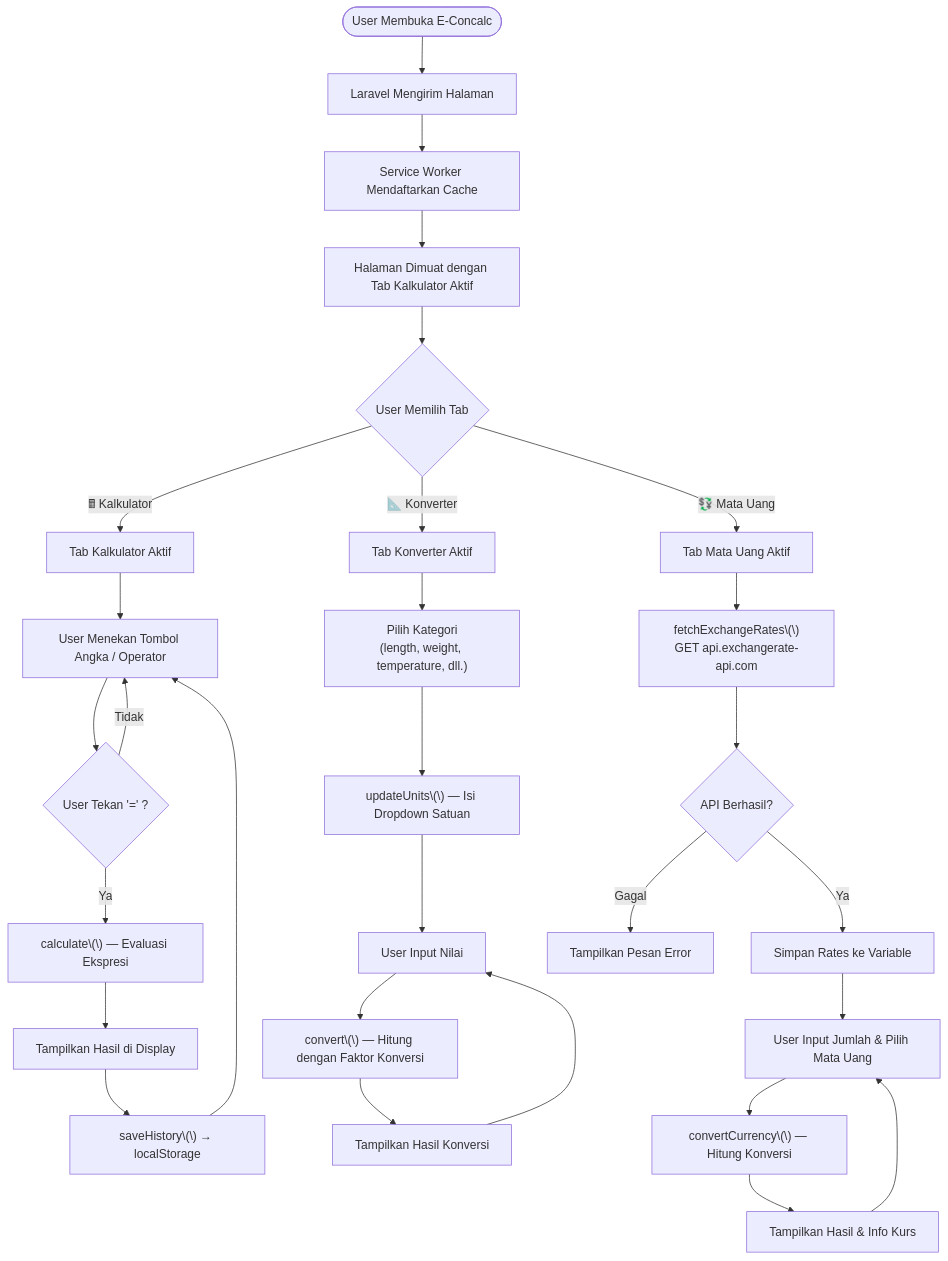
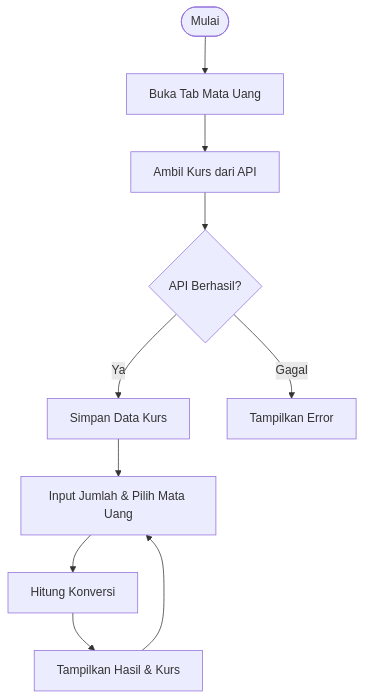
One commit to falcon-ioi/Caclcon changed the fourth of 8 diagrams in e-concalc-web/README.md. Above: the diagram before and after it, drawn with Mermaid. The commit also changed other lines of this file, not shown here.

Commit message:
docs: redesign UML diagrams for better readability and clarity

````diff
--- a/e-concalc-web/README.md
+++ b/e-concalc-web/README.md
@@ -129,34 +149,12 @@
 ```mermaid
 flowchart TD
-    A([User Membuka E-Concalc]) --> B[Laravel Mengirim Halaman]
-    B --> C[Service Worker Mendaftarkan Cache]
-    C --> D[Halaman Dimuat dengan Tab Kalkulator Aktif]
-    D --> E{User Memilih Tab}
-
-    E -->|"🖩 Kalkulator"| F[Tab Kalkulator Aktif]
-    F --> F1[User Menekan Tombol Angka / Operator]
-    F1 --> F2{User Tekan '=' ?}
-    F2 -->|Ya| F3["calculate\(\) — Evaluasi Ekspresi"]
-    F3 --> F4[Tampilkan Hasil di Display]
-    F4 --> F5["saveHistory\(\) → localStorage"]
-    F5 --> F1
-    F2 -->|Tidak| F1
-
-    E -->|"📐 Konverter"| G[Tab Konverter Aktif]
-    G --> G1["Pilih Kategori\n(length, weight, temperature, dll.)"]
-    G1 --> G2["updateUnits\(\) — Isi Dropdown Satuan"]
-    G2 --> G3[User Input Nilai]
-    G3 --> G4["convert\(\) — Hitung dengan Faktor Konversi"]
-    G4 --> G5[Tampilkan Hasil Konversi]
-    G5 --> G3
-
-    E -->|"💱 Mata Uang"| H[Tab Mata Uang Aktif]
-    H --> H1["fetchExchangeRates\(\)\nGET api.exchangerate-api.com"]
-    H1 --> H2{API Berhasil?}
-    H2 -->|Ya| H3[Simpan Rates ke Variable]
-    H2 -->|Gagal| H4[Tampilkan Pesan Error]
-    H3 --> H5[User Input Jumlah & Pilih Mata Uang]
-    H5 --> H6["convertCurrency\(\) — Hitung Konversi"]
-    H6 --> H7[Tampilkan Hasil & Info Kurs]
-    H7 --> H5
+    A([Mulai]) --> B[Buka Tab Mata Uang]
+    B --> C[Ambil Kurs dari API]
+    C --> D{API Berhasil?}
+    D -- Ya --> E[Simpan Data Kurs]
+    D -- Gagal --> F[Tampilkan Error]
+    E --> G[Input Jumlah & Pilih Mata Uang]
+    G --> H[Hitung Konversi]
+    H --> I[Tampilkan Hasil & Kurs]
+    I --> G
 ```
````
